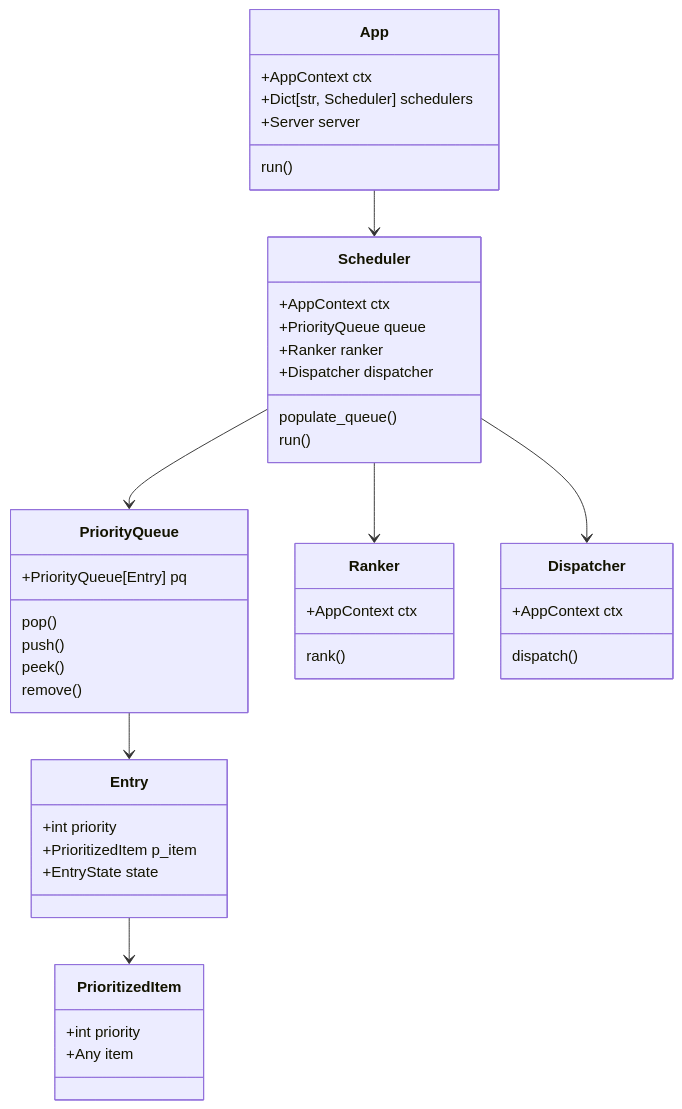
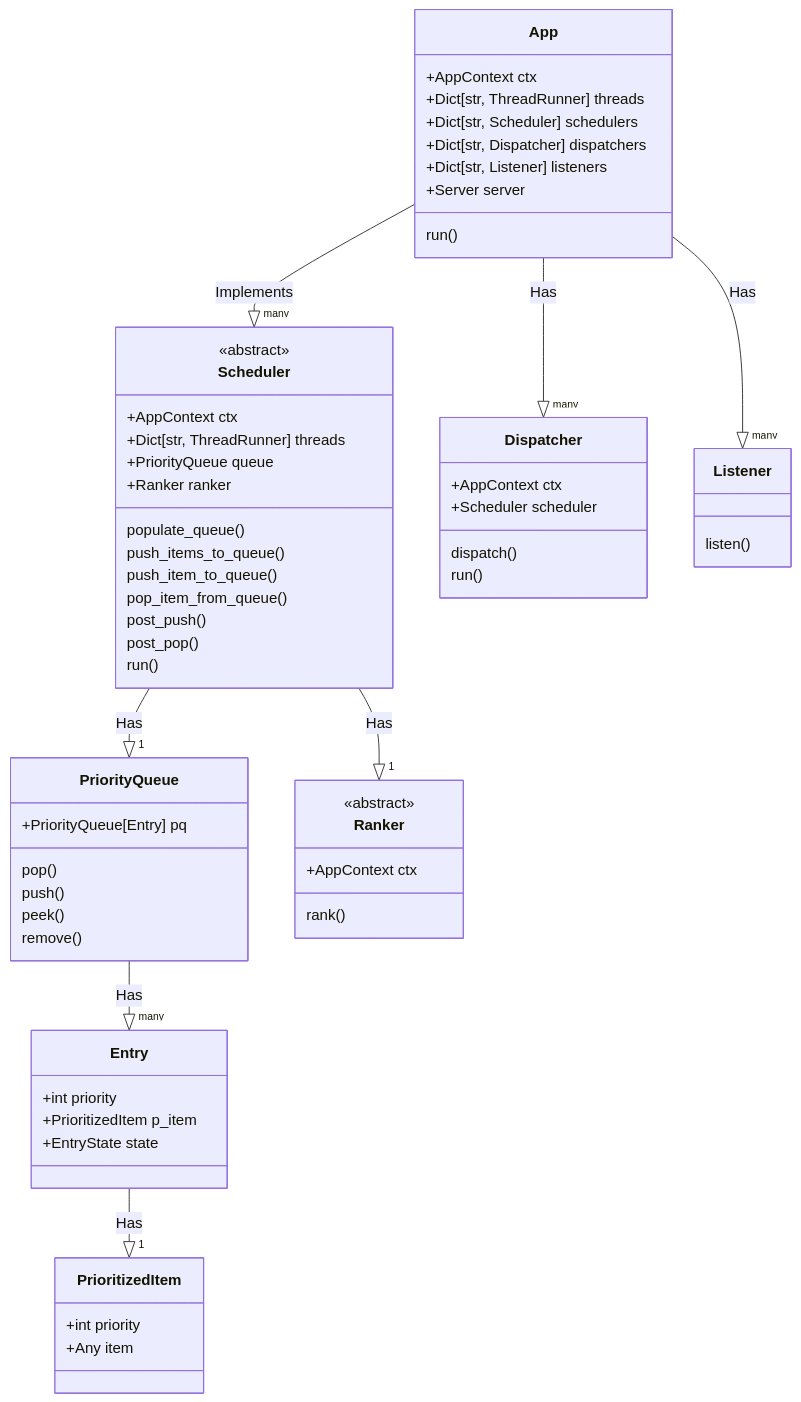
The third of 3 diagrams in docs/design.md (minvws/nl-kat-coordination), drawn with Mermaid before and after one commit. The commit also changed other lines of this file and 48 other files, not shown here.

````diff
--- a/docs/design.md
+++ b/docs/design.md
@@ -147,58 +245,75 @@
 ```mermaid
 classDiagram
 
     class App {
         +AppContext ctx
+        +Dict[str, ThreadRunner] threads
         +Dict[str, Scheduler] schedulers
+        +Dict[str, Dispatcher] dispatchers
+        +Dict[str, Listener] listeners
         +Server server
         run()
     }
 
     class Scheduler {
+        <<abstract>>
         +AppContext ctx
+        +Dict[str, ThreadRunner] threads        
         +PriorityQueue queue
         +Ranker ranker
-        +Dispatcher dispatcher
         populate_queue()
+        push_items_to_queue()
+        push_item_to_queue()
+        pop_item_from_queue()
+        post_push()
+        post_pop()
         run()
     }
 
     class PriorityQueue{
         +PriorityQueue[Entry] pq
         pop()
         push()
         peek()
         remove()
     }
 
     class Entry {
         +int priority
         +PrioritizedItem p_item
         +EntryState state
     }
 
     class PrioritizedItem {
         +int priority
         +Any item
     }
 
     class Ranker {
+        <<abstract>>
         +AppContext ctx
         rank()
     }
 
     class Dispatcher {
         +AppContext ctx
+        +Scheduler scheduler
         dispatch()
+        run()
     }
 
-    App --> Scheduler
+    class Listener {
+        listen()
+    }
 
-    Scheduler --> PriorityQueue
-    Scheduler --> Ranker
-    Scheduler --> Dispatcher
+    App --|> "many" Scheduler : Implements
+    App --|> "many" Dispatcher : Has
+    App --|> "many" Listener : Has
 
-    PriorityQueue --> Entry
+    Scheduler --|> "1" PriorityQueue : Has
+    Scheduler --|> "1" Ranker : Has
 
-    Entry --> PrioritizedItem
+    PriorityQueue --|> "many" Entry : Has
+
+    Entry --|> "1" PrioritizedItem : Has
 ```
````
